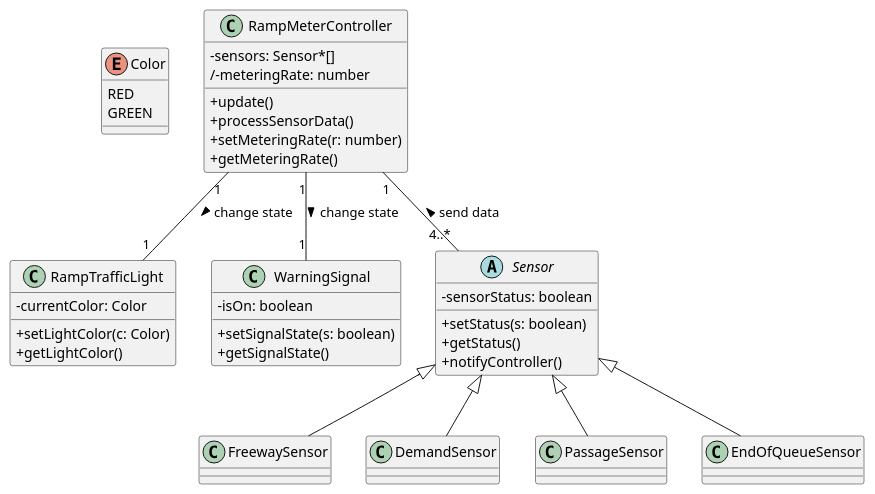
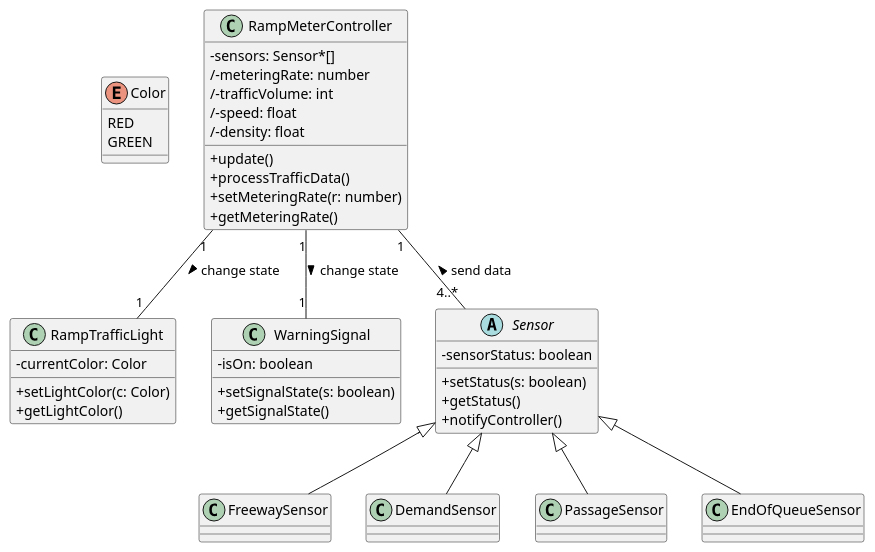
The diagram in 01_RequirementsChecking/class_diagram.puml (MaksimKarnaukh/MoSIS), drawn with PlantUML before and after one commit.

```diff
--- a/01_RequirementsChecking/class_diagram.puml
+++ b/01_RequirementsChecking/class_diagram.puml
@@ -1,56 +1,59 @@
 @startuml
 skinparam classAttributeIconSize 0
 
 enum Color {
 RED
 GREEN
 }
 
 class RampMeterController {
 -sensors: Sensor*[]
 /-meteringRate: number
+/-trafficVolume: int
+/-speed: float
+/-density: float
 +update()
-+processSensorData()
++processTrafficData()
 +setMeteringRate(r: number)
 +getMeteringRate()
 }
 
 class RampTrafficLight {
 -currentColor: Color
 +setLightColor(c: Color)
 +getLightColor()
 }
 
 class WarningSignal {
 -isOn: boolean
 +setSignalState(s: boolean)
 +getSignalState()
 }
 
 abstract class Sensor {
 -sensorStatus: boolean
 +setStatus(s: boolean)
 +getStatus()
 +notifyController()
 }
 
 class FreewaySensor {
 }
 class DemandSensor {
 }
 class PassageSensor {
 }
 class EndOfQueueSensor {
 }
 
 Sensor <|-- FreewaySensor
 Sensor <|-- DemandSensor
 Sensor <|-- PassageSensor
 Sensor <|-- EndOfQueueSensor
 
 RampMeterController "1" -- "4..*" Sensor : send data <
 
 RampMeterController "1" -- "1" RampTrafficLight : change state >
 RampMeterController "1" -- "1" WarningSignal : change state >
 
 @enduml
```
